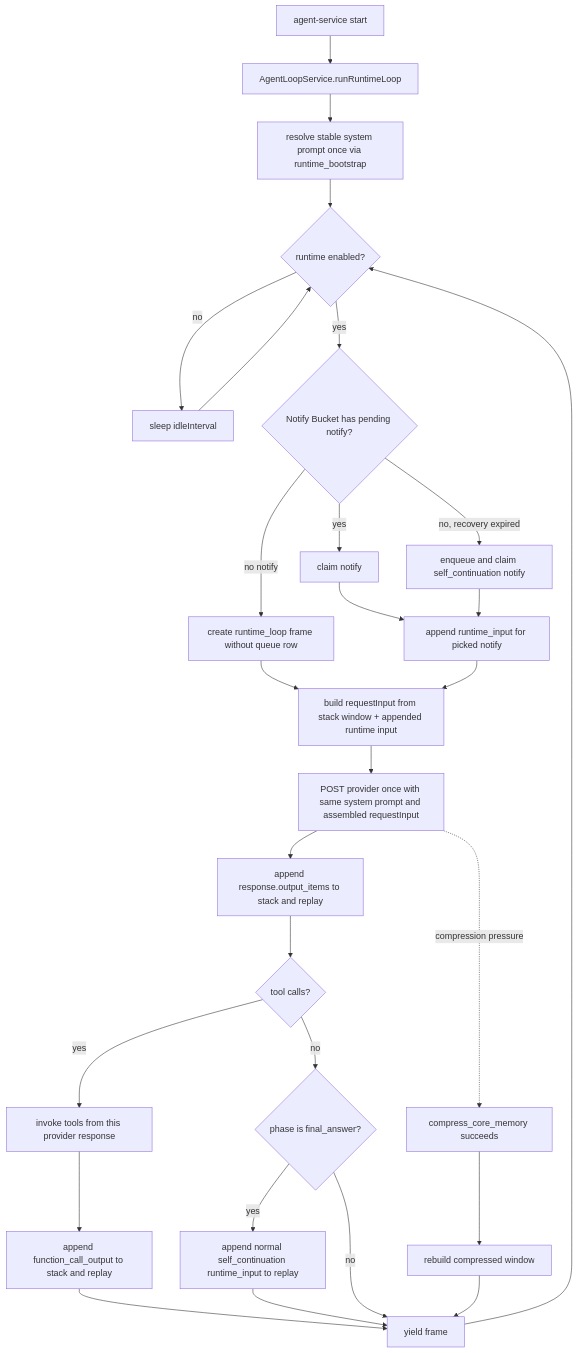
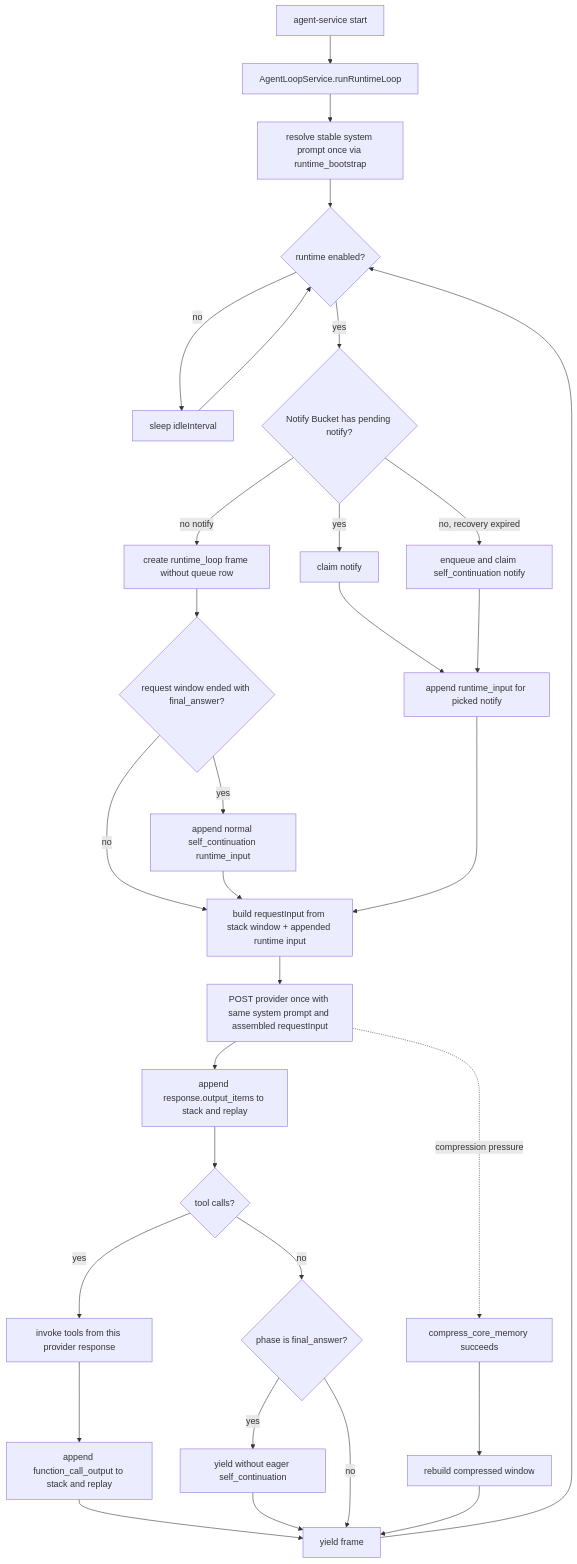
One commit to Hei-AI/xiaoni_cc changed the diagram in docs/XIAONI_AGENT_STACK_LEDGER.md. Above: the diagram before and after it, drawn with Mermaid. The commit also changed other lines of this file and 8 other files, not shown here.

Commit message:
fix: append self continuation only after idle final answer

````diff
--- a/docs/XIAONI_AGENT_STACK_LEDGER.md
+++ b/docs/XIAONI_AGENT_STACK_LEDGER.md
@@ -36,30 +36,33 @@
 ```mermaid
 flowchart TD
   A[agent-service start] --> B[AgentLoopService.runRuntimeLoop]
   B --> C[resolve stable system prompt once via runtime_bootstrap]
   C --> D{runtime enabled?}
   D -- no --> E[sleep idleInterval]
   E --> D
   D -- yes --> F{Notify Bucket has pending notify?}
   F -- yes --> G[claim notify]
   F -- no, recovery expired --> H[enqueue and claim self_continuation notify]
   F -- no notify --> I[create runtime_loop frame without queue row]
   G --> J[append runtime_input for picked notify]
   H --> J
-  I --> K
+  I --> Q{request window ended with final_answer?}
+  Q -- yes --> W[append normal self_continuation runtime_input]
+  Q -- no --> K
+  W --> K
   J --> K[build requestInput from stack window + appended runtime input]
   K --> L[POST provider once with same system prompt and assembled requestInput]
   L --> M[append response.output_items to stack and replay]
   M --> N{tool calls?}
   N -- yes --> O[invoke tools from this provider response]
   O --> P[append function_call_output to stack and replay]
   P --> V[yield frame]
   N -- no --> R{phase is final_answer?}
-  R -- yes --> S[append normal self_continuation runtime_input to replay]
+  R -- yes --> S[yield without eager self_continuation]
   S --> V
   R -- no --> V
   V --> D
   L -. compression pressure .-> T[compress_core_memory succeeds]
   T --> U[rebuild compressed window]
   U --> V
 ```
````
